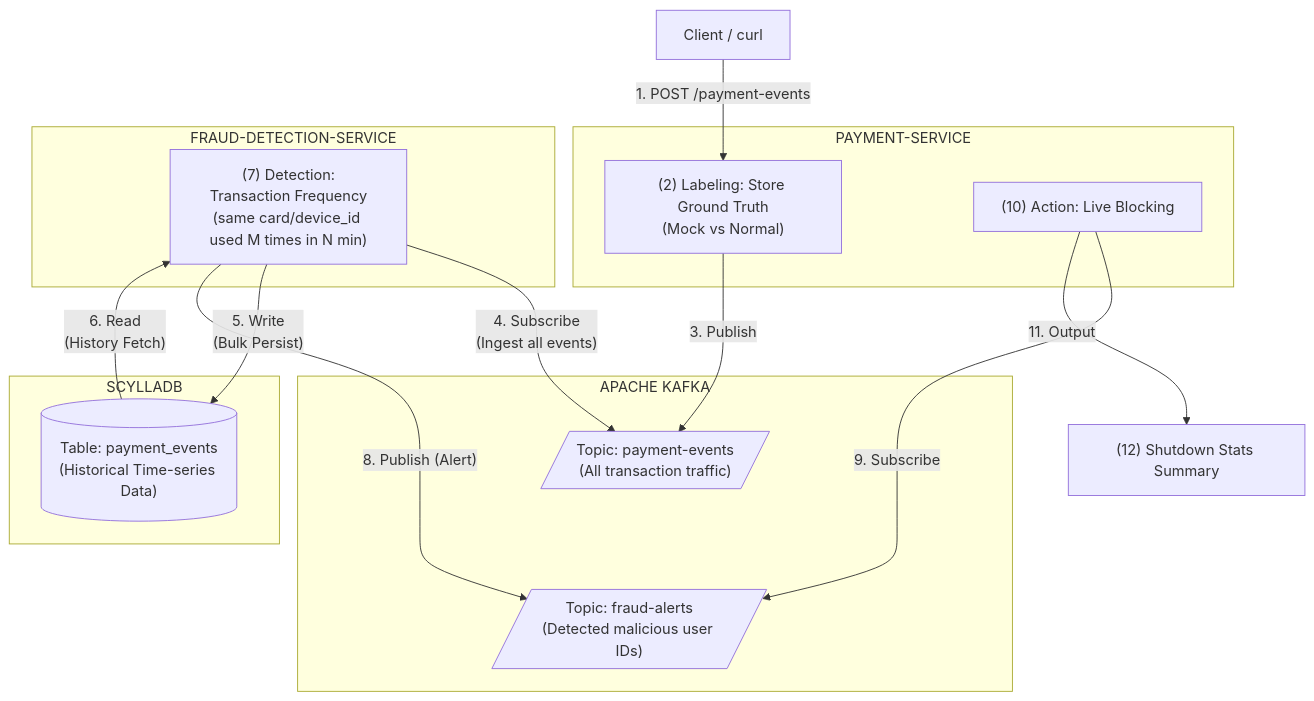
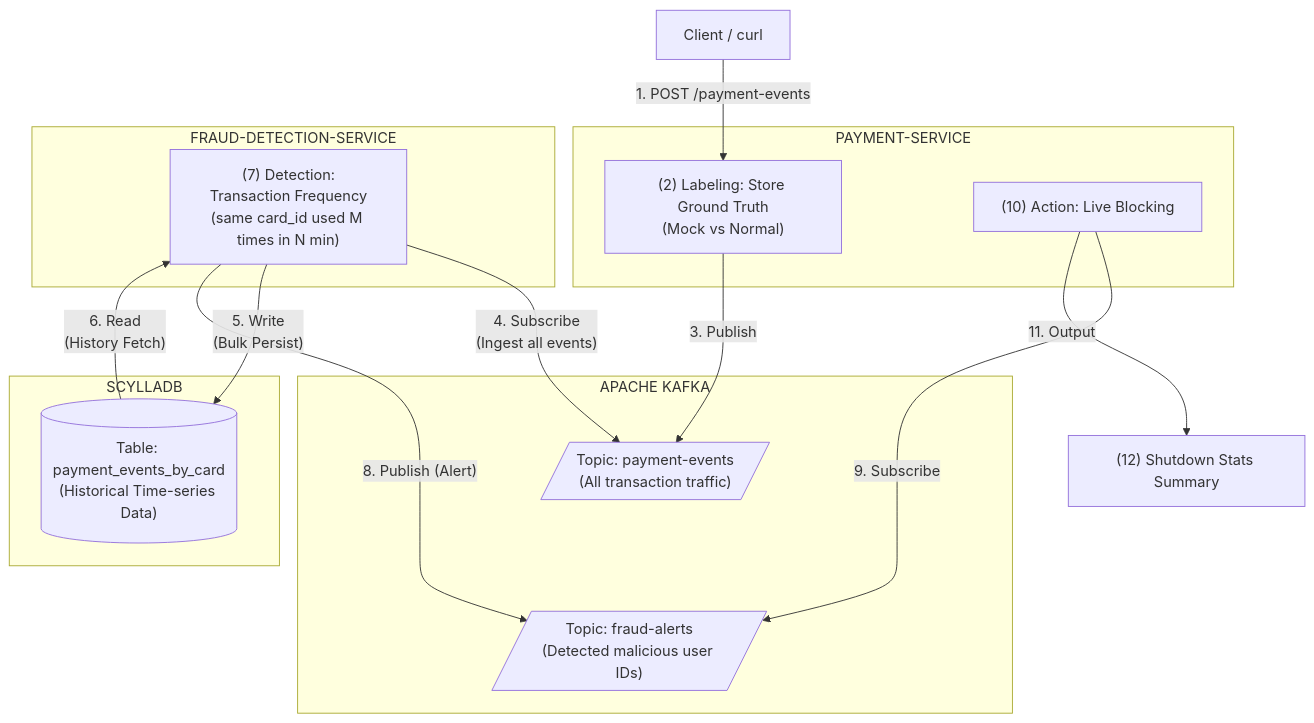
Before and after one commit to rrrrayyyy/fraudx: the diagram in README.md, drawn with Mermaid. The commit also changed 15 other files, not shown here.

Commit message:
refactor DDL while changing schema

````diff
--- a/README.md
+++ b/README.md
@@ -3,34 +3,34 @@
 ```mermaid
 flowchart TD
 Client["Client / curl"]
 
 subgraph PS ["PAYMENT-SERVICE"]
   PS1["(2) Labeling: Store Ground Truth\n(Mock vs Normal)"]
   PS2["(10) Action: Live Blocking"]
 end
 
 subgraph Kafka ["APACHE KAFKA"]
   T1[/"Topic: payment-events\n(All transaction traffic)"/]
   T2[/"Topic: fraud-alerts\n(Detected malicious user IDs)"/]
 end
 
 subgraph FD ["FRAUD-DETECTION-SERVICE"]
-  FD1["(7) Detection:\nTransaction Frequency\n(same card/device_id used M times in N min)"]
+  FD1["(7) Detection:\nTransaction Frequency\n(same card_id used M times in N min)"]
 end
 
 subgraph DB ["SCYLLADB"]
-  DB1[("Table: payment_events\n(Historical Time-series Data)")]
+  DB1[("Table: payment_events_by_card\n(Historical Time-series Data)")]
 end
 
 Stats["(12) Shutdown Stats Summary"]
 
 Client -- "1. POST /payment-events" --> PS1
 PS1 -- "3. Publish" --> T1
 T1 ~~~ T2
 FD1 -- "4. Subscribe\n(Ingest all events)" --> T1
 FD1 -- "5. Write\n(Bulk Persist)" --> DB1
 DB1 -- "6. Read\n(History Fetch)" --> FD1
 FD1 -- "8. Publish (Alert)" --> T2
 PS2 -- "9. Subscribe" --> T2
 PS2 -- "11. Output" --> Stats
 ```
````
